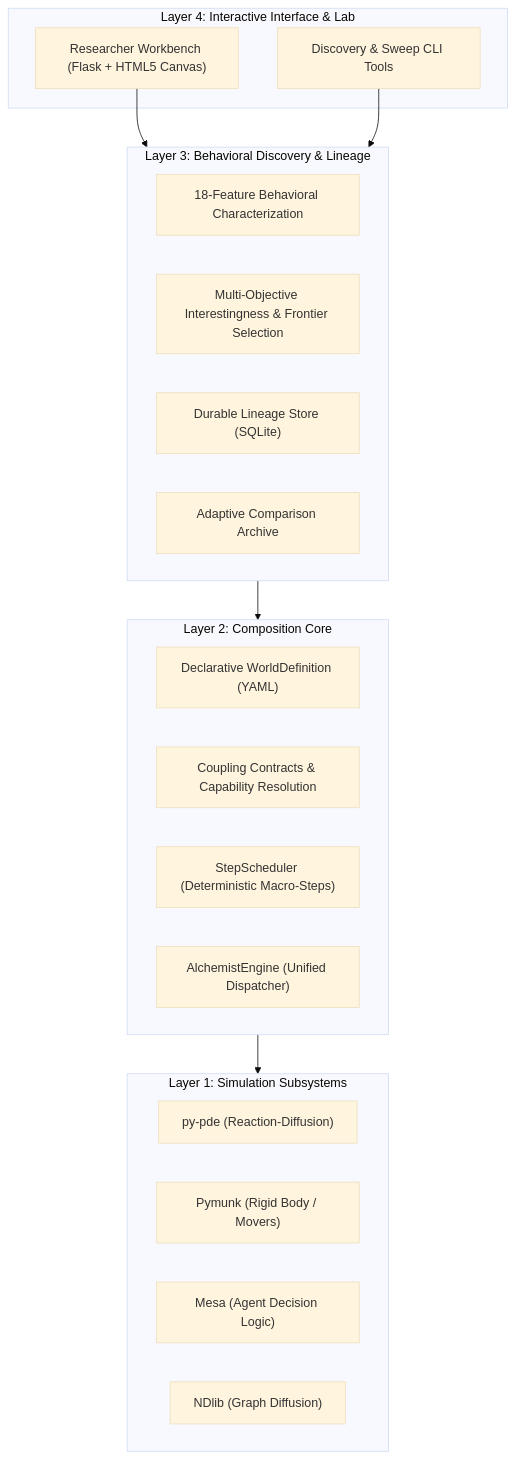
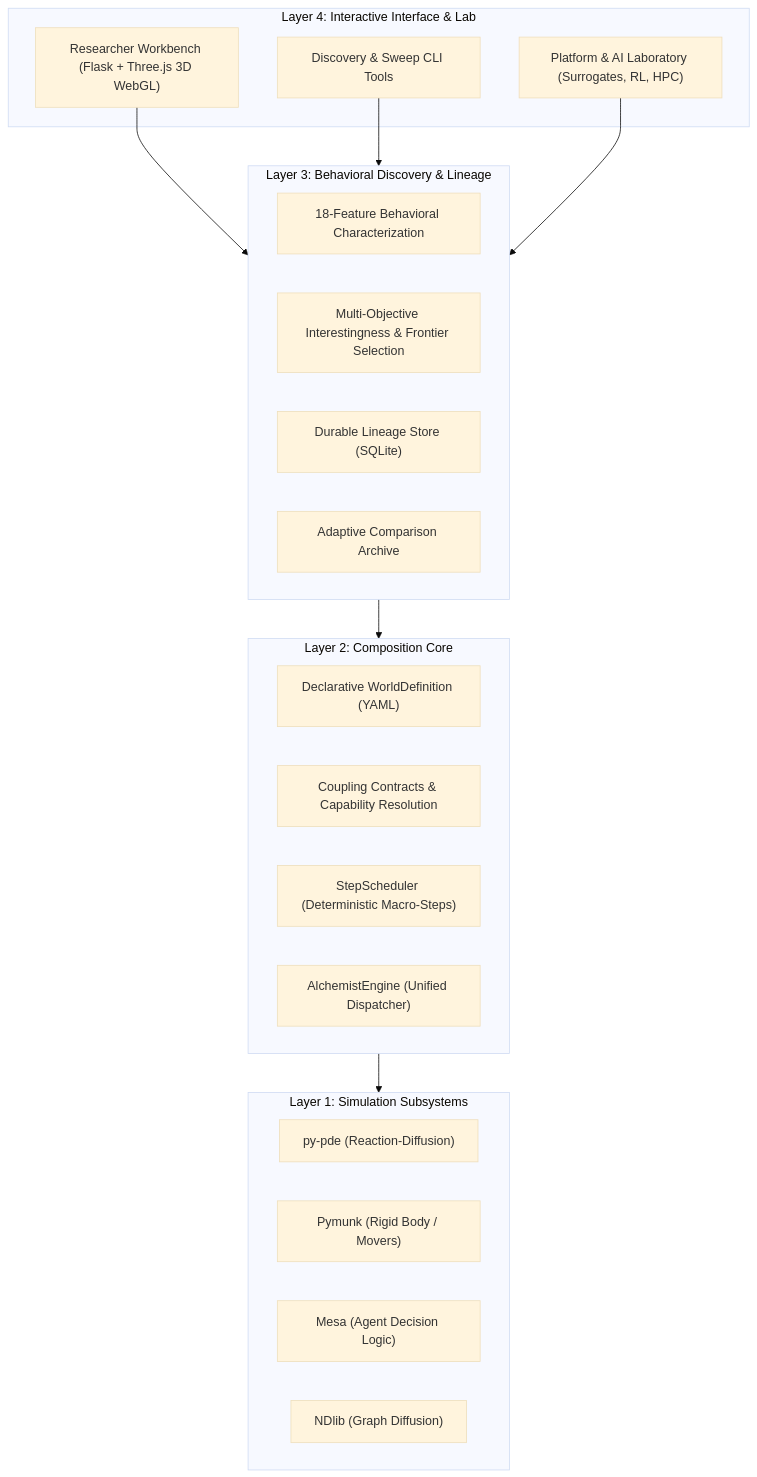
One commit to SakshamJ01/Simulation-Alchemist changed the diagram in README.md. Above: the diagram before and after it, drawn with Mermaid (base theme). The commit also changed other lines of this file, not shown here.

Commit message:
docs: enrich README with 3D simulation gallery and Phase 4 platform capabilities

````diff
--- a/README.md
+++ b/README.md
@@ -56,33 +81,35 @@
 ```mermaid
 graph TD
     subgraph UI ["Layer 4: Interactive Interface & Lab"]
-        WB["Researcher Workbench (Flask + HTML5 Canvas)"]
+        WB["Researcher Workbench (Flask + Three.js 3D WebGL)"]
         CLI["Discovery & Sweep CLI Tools"]
+        AI["Platform & AI Laboratory (Surrogates, RL, HPC)"]
     end
 
     subgraph Discovery ["Layer 3: Behavioral Discovery & Lineage"]
         Features["18-Feature Behavioral Characterization"]
         Profiles["Multi-Objective Interestingness & Frontier Selection"]
         Lineage["Durable Lineage Store (SQLite)"]
         Archive["Adaptive Comparison Archive"]
     end
 
     subgraph Core ["Layer 2: Composition Core"]
         World["Declarative WorldDefinition (YAML)"]
         Contracts["Coupling Contracts & Capability Resolution"]
         Scheduler["StepScheduler (Deterministic Macro-Steps)"]
         Engine["AlchemistEngine (Unified Dispatcher)"]
     end
 
     subgraph Physics ["Layer 1: Simulation Subsystems"]
         PDE["py-pde (Reaction-Diffusion)"]
         Physics2D["Pymunk (Rigid Body / Movers)"]
         Agents["Mesa (Agent Decision Logic)"]
         Network["NDlib (Graph Diffusion)"]
     end
 
     WB --> Discovery
     CLI --> Discovery
+    AI --> Discovery
     Discovery --> Core
     Core --> Physics
 ```
````
